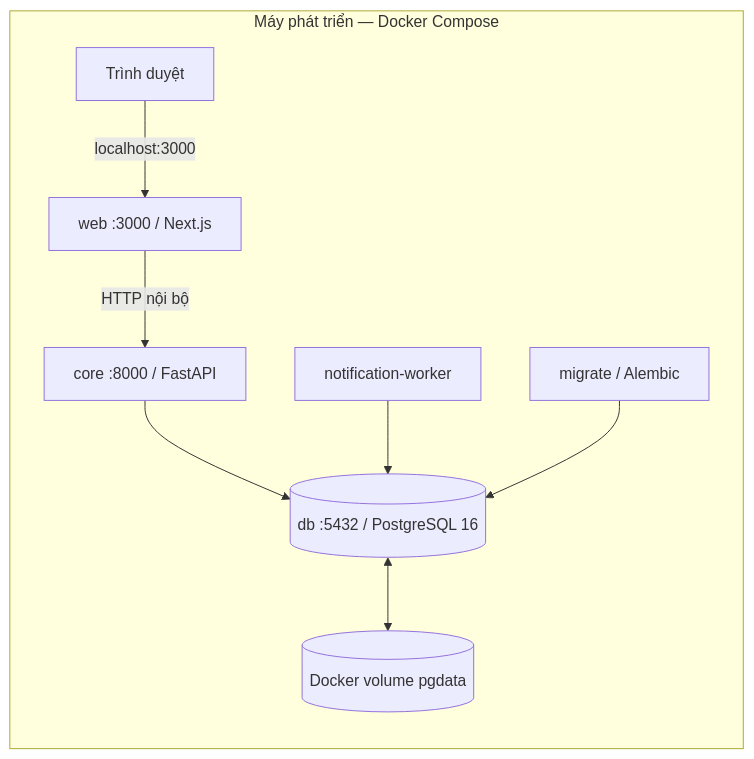
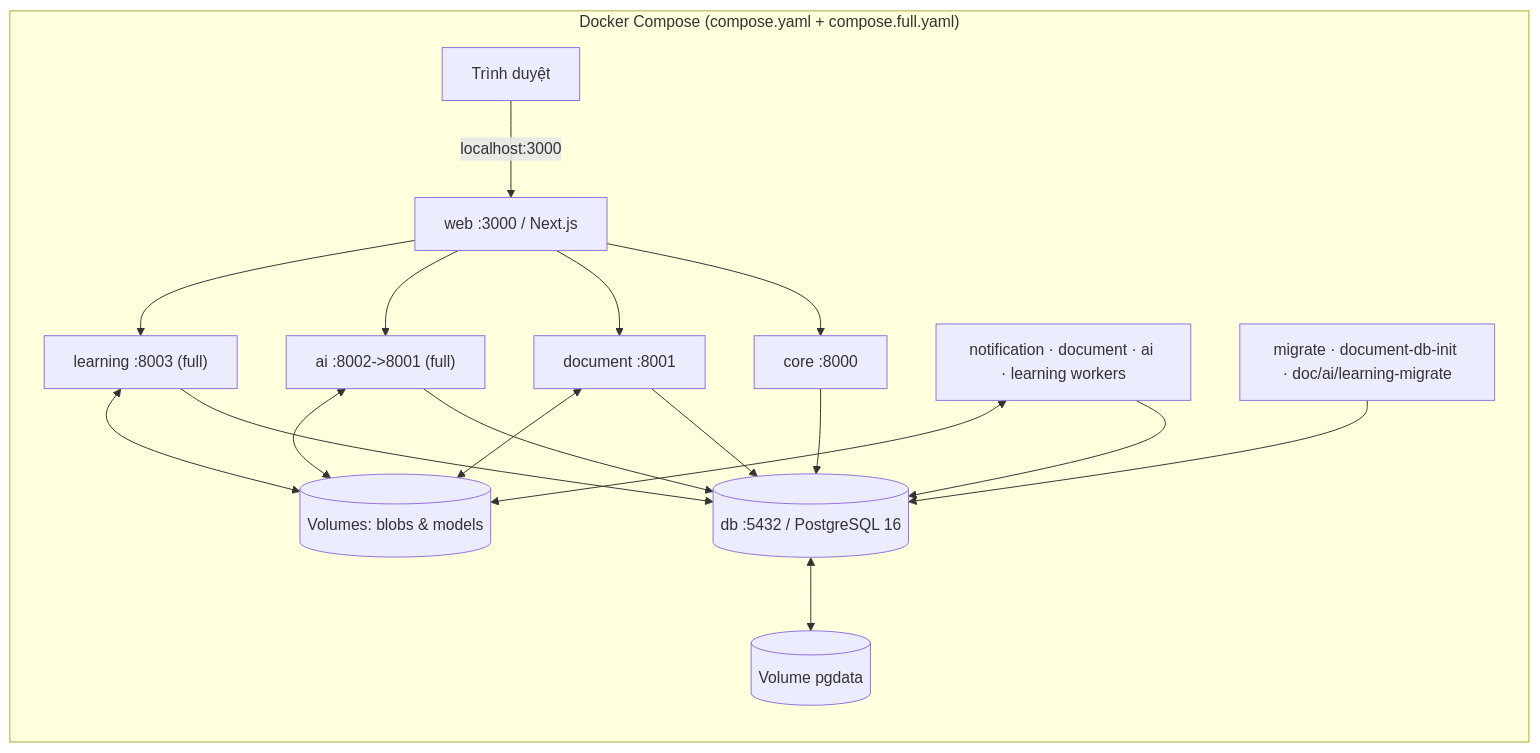
One commit to quantd0106/DATN changed the diagram in docs/architect/lumi-design/diagrams_arch/A06_Deployment_Local.mmd. Above: the diagram before and after it, drawn with Mermaid. The commit also changed 107 other files, not shown here.

```diff
--- a/docs/architect/lumi-design/diagrams_arch/A06_Deployment_Local.mmd
+++ b/docs/architect/lumi-design/diagrams_arch/A06_Deployment_Local.mmd
@@ -1,9 +1,13 @@
 flowchart LR
-  subgraph Host["Máy phát triển — Docker Compose"]
+  subgraph Compose["Docker Compose (compose.yaml + compose.full.yaml)"]
     B["Trình duyệt"] -->|localhost:3000| W["web :3000 / Next.js"]
-    W -->|HTTP nội bộ| C["core :8000 / FastAPI"]
-    C --> DB[("db :5432 / PostgreSQL 16")]
-    K["notification-worker"] --> DB
-    M["migrate / Alembic"] --> DB
-    DB <--> V[("Docker volume pgdata")]
+    W --> C["core :8000"]
+    W --> D["document :8001"]
+    W --> A["ai :8002->8001 (full)"]
+    W --> L["learning :8003 (full)"]
+    C & D & A & L --> DB[("db :5432 / PostgreSQL 16")]
+    WK["notification · document · ai · learning workers"] --> DB
+    MIG["migrate · document-db-init · doc/ai/learning-migrate"] --> DB
+    DB <--> PG[("Volume pgdata")]
+    D & L & A & WK <--> BL[("Volumes: blobs & models")]
   end
```
